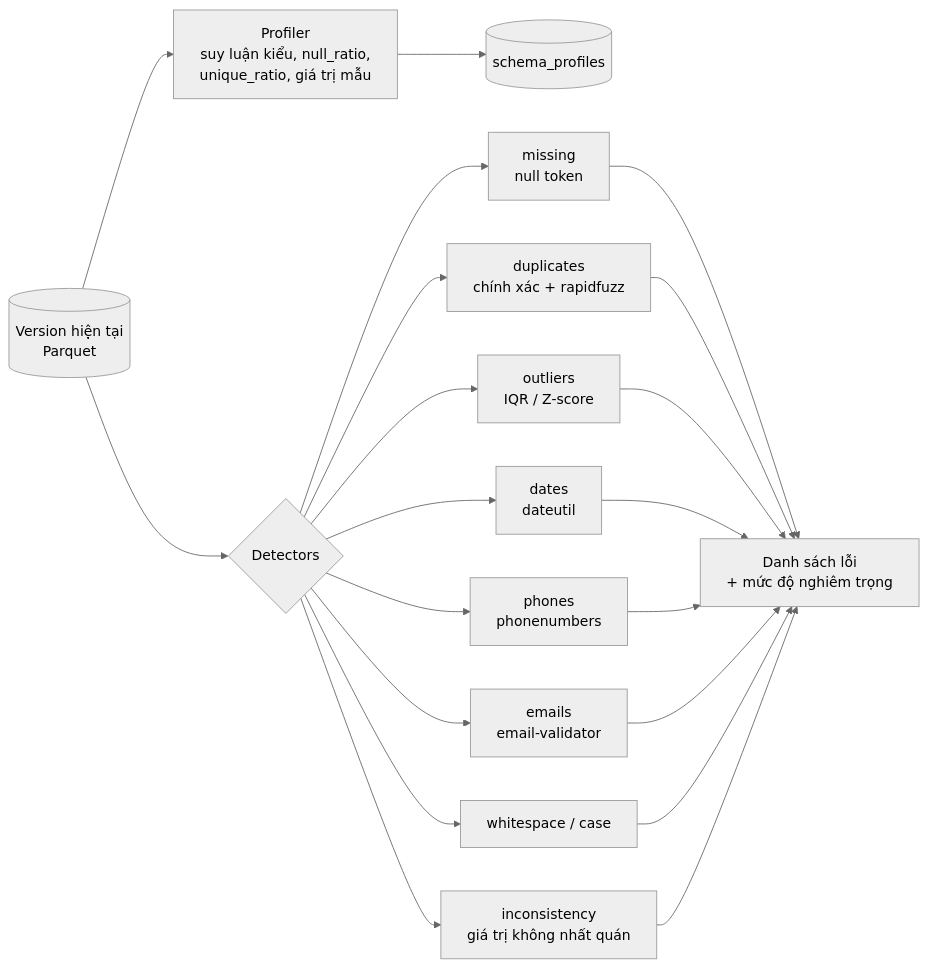
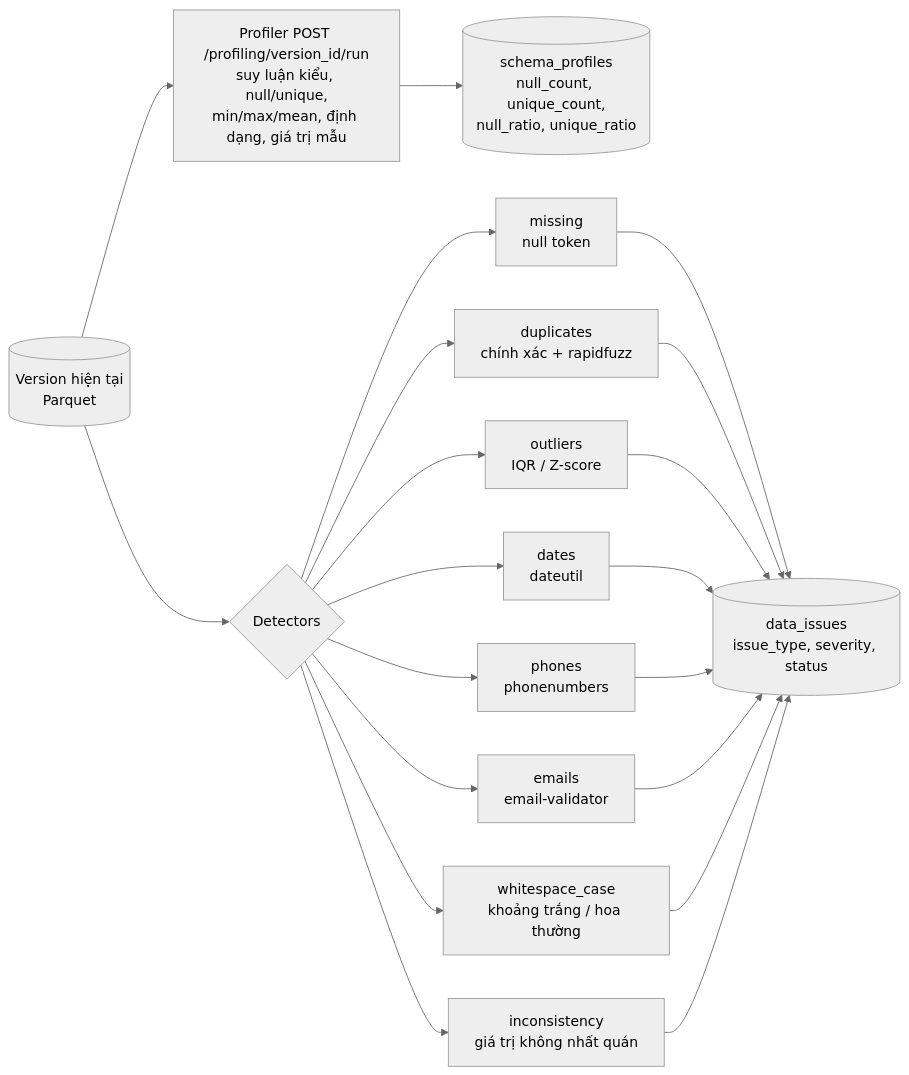
The sixth of 15 diagrams in data-cleaning-platform/docs/flow-diagram.md (2431540234-arch/clean-data), drawn with Mermaid (neutral theme) before and after one commit. The commit also changed other lines of this file and 6 other files, not shown here.

````diff
--- a/data-cleaning-platform/docs/flow-diagram.md
+++ b/data-cleaning-platform/docs/flow-diagram.md
@@ -168,15 +205,15 @@
 ```mermaid
 flowchart LR
-    V[(Version hiện tại<br/>Parquet)] --> P[Profiler<br/>suy luận kiểu, null_ratio,<br/>unique_ratio, giá trị mẫu]
-    P --> SP[(schema_profiles)]
+    V[(Version hiện tại<br/>Parquet)] --> P["Profiler POST /profiling/version_id/run<br/>suy luận kiểu, null/unique,<br/>min/max/mean, định dạng, giá trị mẫu"]
+    P --> SP[(schema_profiles<br/>null_count, unique_count,<br/>null_ratio, unique_ratio)]
     V --> D{Detectors}
     D --> D1[missing<br/>null token]
     D --> D2[duplicates<br/>chính xác + rapidfuzz]
     D --> D3[outliers<br/>IQR / Z-score]
     D --> D4[dates<br/>dateutil]
     D --> D5[phones<br/>phonenumbers]
     D --> D6[emails<br/>email-validator]
-    D --> D7[whitespace / case]
+    D --> D7[whitespace_case<br/>khoảng trắng / hoa thường]
     D --> D8[inconsistency<br/>giá trị không nhất quán]
-    D1 & D2 & D3 & D4 & D5 & D6 & D7 & D8 --> R[Danh sách lỗi<br/>+ mức độ nghiêm trọng]
+    D1 & D2 & D3 & D4 & D5 & D6 & D7 & D8 --> R[(data_issues<br/>issue_type, severity, status)]
 ```
````
